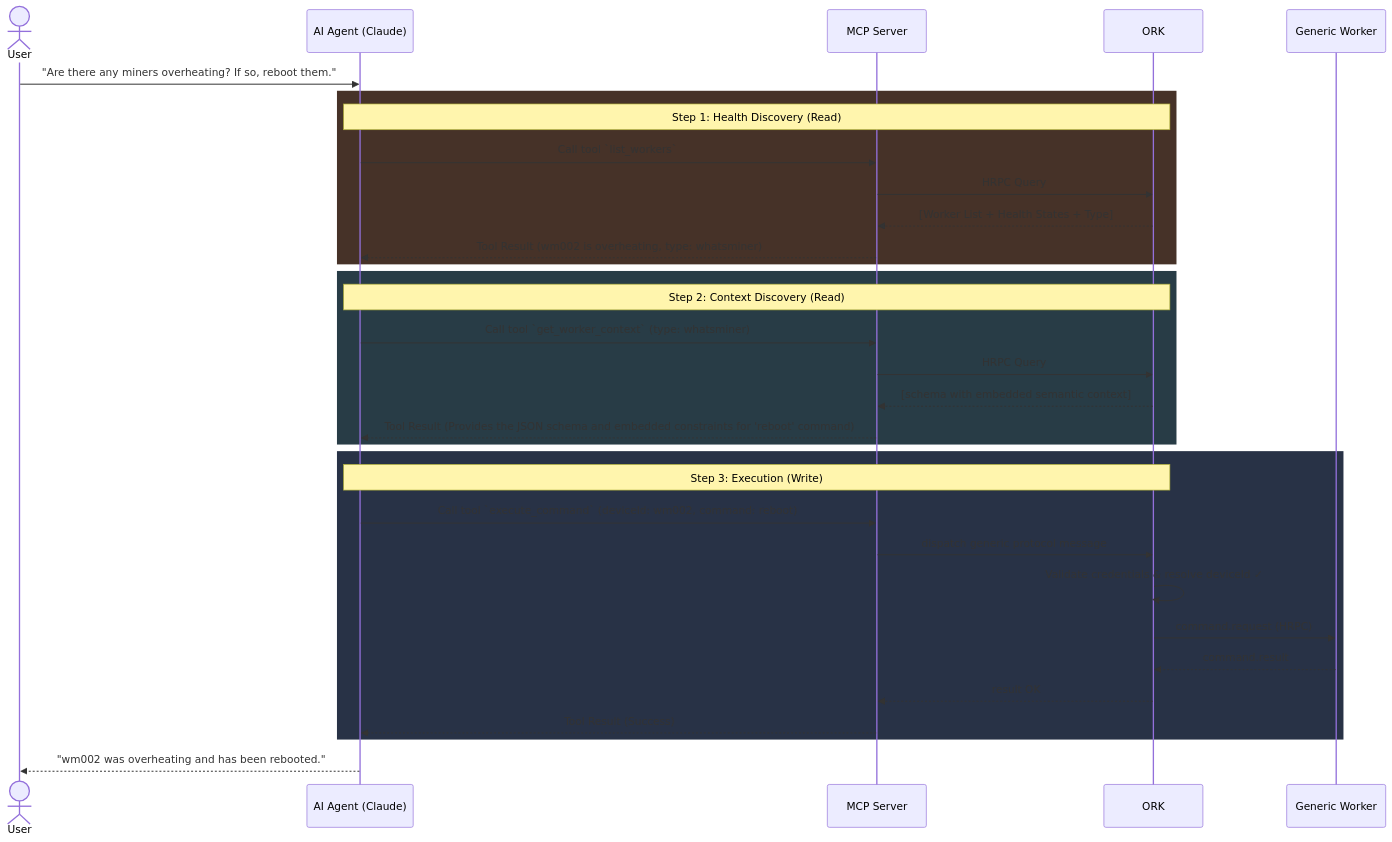
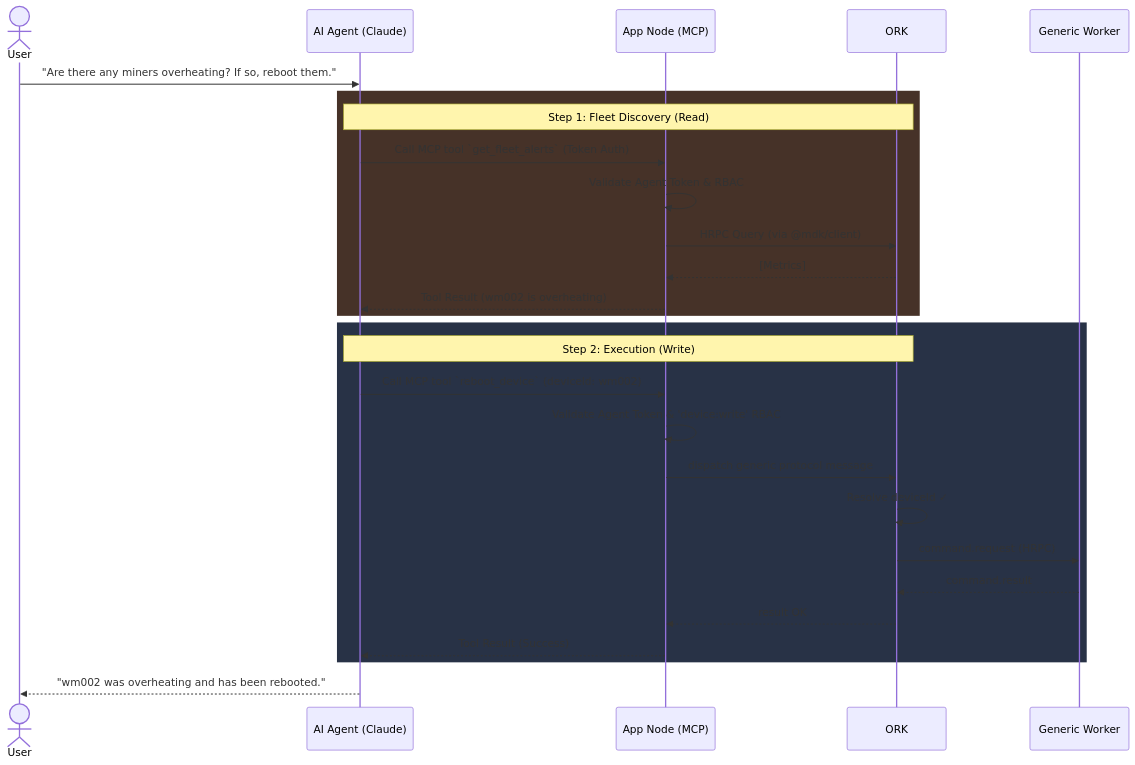
One commit to Gio-Galt/mdk-be changed diagram 11 of 13 in docs/hld.md. Above: the diagram before and after it, drawn with Mermaid. The commit also changed other lines of this file and 1 other file, not shown here.

Commit message:
Merging mdk toolkit

````diff
--- a/docs/hld.md
+++ b/docs/hld.md
@@ -493,39 +464,33 @@
 ```mermaid
 sequenceDiagram
     actor User
     participant AI as AI Agent (Claude)
-    participant MCP as MCP Server
+    participant Node as App Node (MCP)
     participant ORK as ORK
     participant Worker as Generic Worker
 
     User->>AI: "Are there any miners overheating? If so, reboot them."
     
     rect rgb(70, 50, 40)
-    Note over AI,ORK: Step 1: Health Discovery (Read)
-    AI->>MCP: Call tool `list_workers`
-    MCP->>ORK: HRPC Query
-    ORK-->>MCP: [Worker List + Health States + Type]
-    MCP-->>AI: Tool Result (wm002 is overheating, type: whatsminer)
-    end
-    
-    rect rgb(40, 60, 70)
-    Note over AI,ORK: Step 2: Context Discovery (Read)
-    AI->>MCP: Call tool `get_worker_context` (type: whatsminer)
-    MCP->>ORK: HRPC Query
-    ORK-->>MCP: [schema with embedded semantic context]
-    MCP-->>AI: Tool Result (Provides the JSON schema and embedded constraints for 'reboot' command)
+    Note over AI,ORK: Step 1: Fleet Discovery (Read)
+    AI->>Node: Call MCP tool `get_fleet_alerts` (Token Auth)
+    Node->>Node: Validate Agent Token & RBAC
+    Node->>ORK: HRPC Query (via @mdk/client)
+    ORK-->>Node: [Metrics]
+    Node-->>AI: Tool Result (wm002 is overheating)
     end
     
     rect rgb(40, 50, 70)
-    Note over AI,ORK: Step 3: Execution (Write)
-    AI->>MCP: Call tool `execute_command` (deviceId: wm002, command: reboot)
-    MCP->>ORK: dispatch generic protocol message
-    ORK->>ORK: Validate credentials & resolve deviceId ✓
+    Note over AI,ORK: Step 2: Execution (Write)
+    AI->>Node: Call MCP tool `reboot_device` (deviceId: wm002)
+    Node->>Node: Validate Agent Token & 'device:write' RBAC
+    Node->>ORK: dispatch generic protocol message
+    ORK->>ORK: Resolve deviceId ✓
     ORK->>Worker: command.request (HRPC)
     Worker-->>ORK: command.result
-    ORK-->>MCP: result OK
-    MCP-->>AI: Tool Result (Success)
+    ORK-->>Node: result OK
+    Node-->>AI: Tool Result (Success)
     end
     
     AI-->>User: "wm002 was overheating and has been rebooted."
 ```
````
